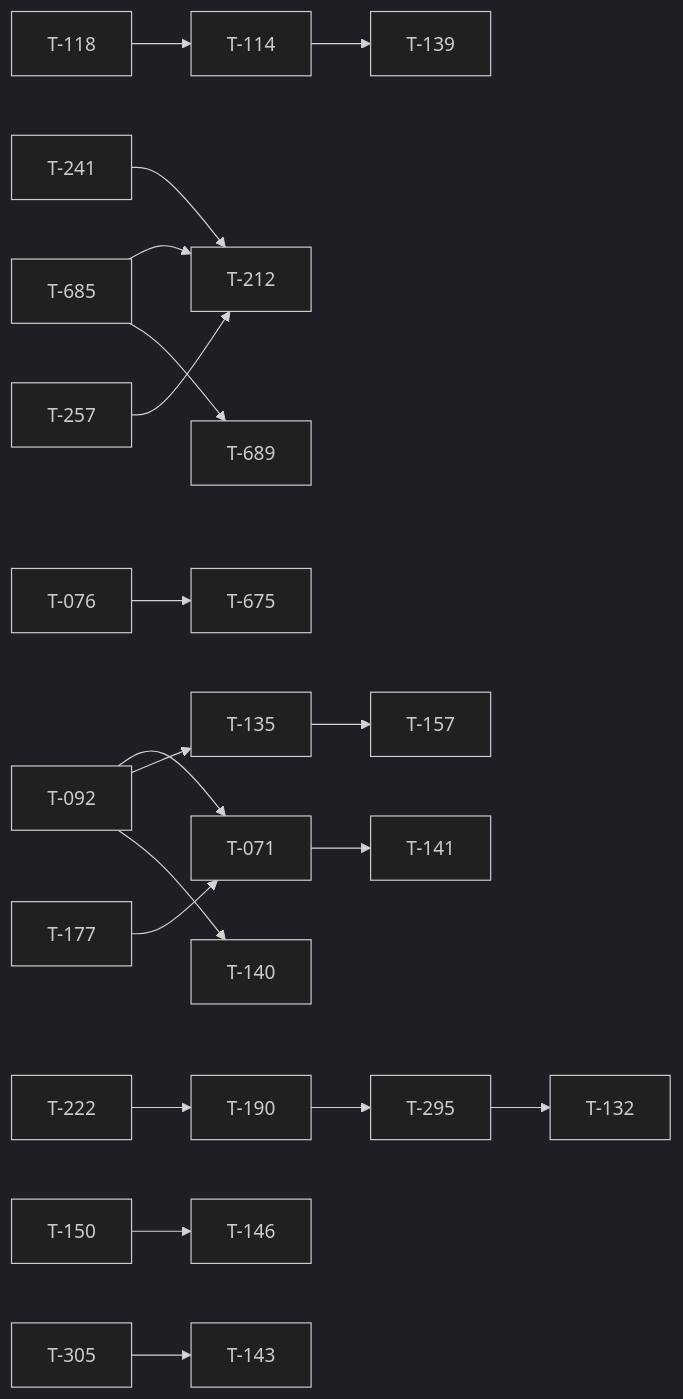
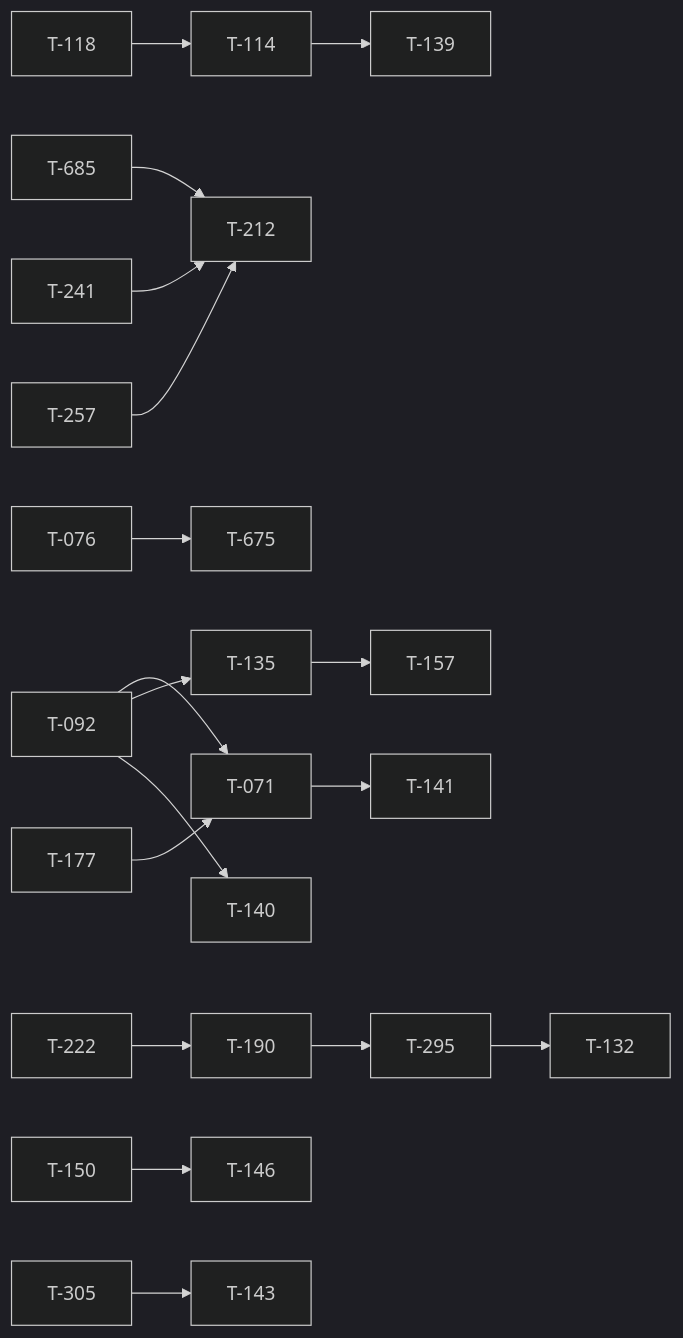
Before and after one commit to darkforce09/TBD-reforger: the diagram in docs/TICKET_LEAD.md, drawn with Mermaid (dark theme). The commit also changed other lines of this file and 12 other files, not shown here.

````diff
--- a/docs/TICKET_LEAD.md
+++ b/docs/TICKET_LEAD.md
@@ -98,21 +96,20 @@
 ```mermaid
 flowchart LR
   T092[T-092] --> T071[T-071]
   T177[T-177] --> T071[T-071]
   T118[T-118] --> T114[T-114]
   T685[T-685] --> T212[T-212]
   T241[T-241] --> T212[T-212]
   T257[T-257] --> T212[T-212]
-  T685[T-685] --> T689[T-689]
   T076[T-076] --> T675[T-675]
   T114[T-114] --> T139[T-139]
   T222[T-222] --> T190[T-190]
   T135[T-135] --> T157[T-157]
   T071[T-071] --> T141[T-141]
   T150[T-150] --> T146[T-146]
   T305[T-305] --> T143[T-143]
   T092[T-092] --> T135[T-135]
   T092[T-092] --> T140[T-140]
   T190[T-190] --> T295[T-295]
   T295[T-295] --> T132[T-132]
 ```
````
